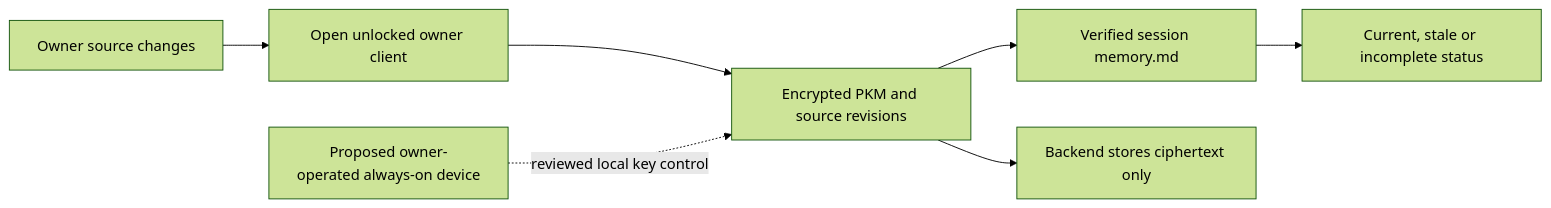
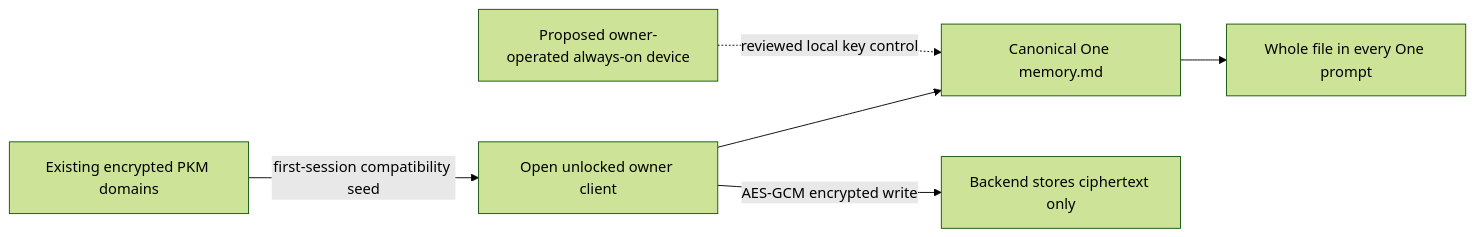
The diagram in docs/reference/architecture/living-memory-freshness-adr.md (hushh-labs/hushh-research), drawn with Mermaid (forest theme) before and after one commit. The commit also changed other lines of this file and 179 other files, not shown here.

````diff
--- a/docs/reference/architecture/living-memory-freshness-adr.md
+++ b/docs/reference/architecture/living-memory-freshness-adr.md
@@ -8,9 +8,8 @@
 ```mermaid
 flowchart LR
-  Sources[Owner source changes] --> Client[Open unlocked owner client]
-  Client --> PKM[Encrypted PKM and source revisions]
-  PKM --> View[Verified session memory.md]
-  View --> Freshness[Current, stale or incomplete status]
-  Device[Proposed owner-operated always-on device] -. reviewed local key control .-> PKM
-  PKM --> Backend[Backend stores ciphertext only]
+  Legacy[Existing encrypted PKM domains] -->|first-session compatibility seed| Client[Open unlocked owner client]
+  Client --> Memory[Canonical One memory.md]
+  Memory --> Prompt[Whole file in every One prompt]
+  Client -->|AES-GCM encrypted write| Backend[Backend stores ciphertext only]
+  Device[Proposed owner-operated always-on device] -. reviewed local key control .-> Memory
 ```
````
